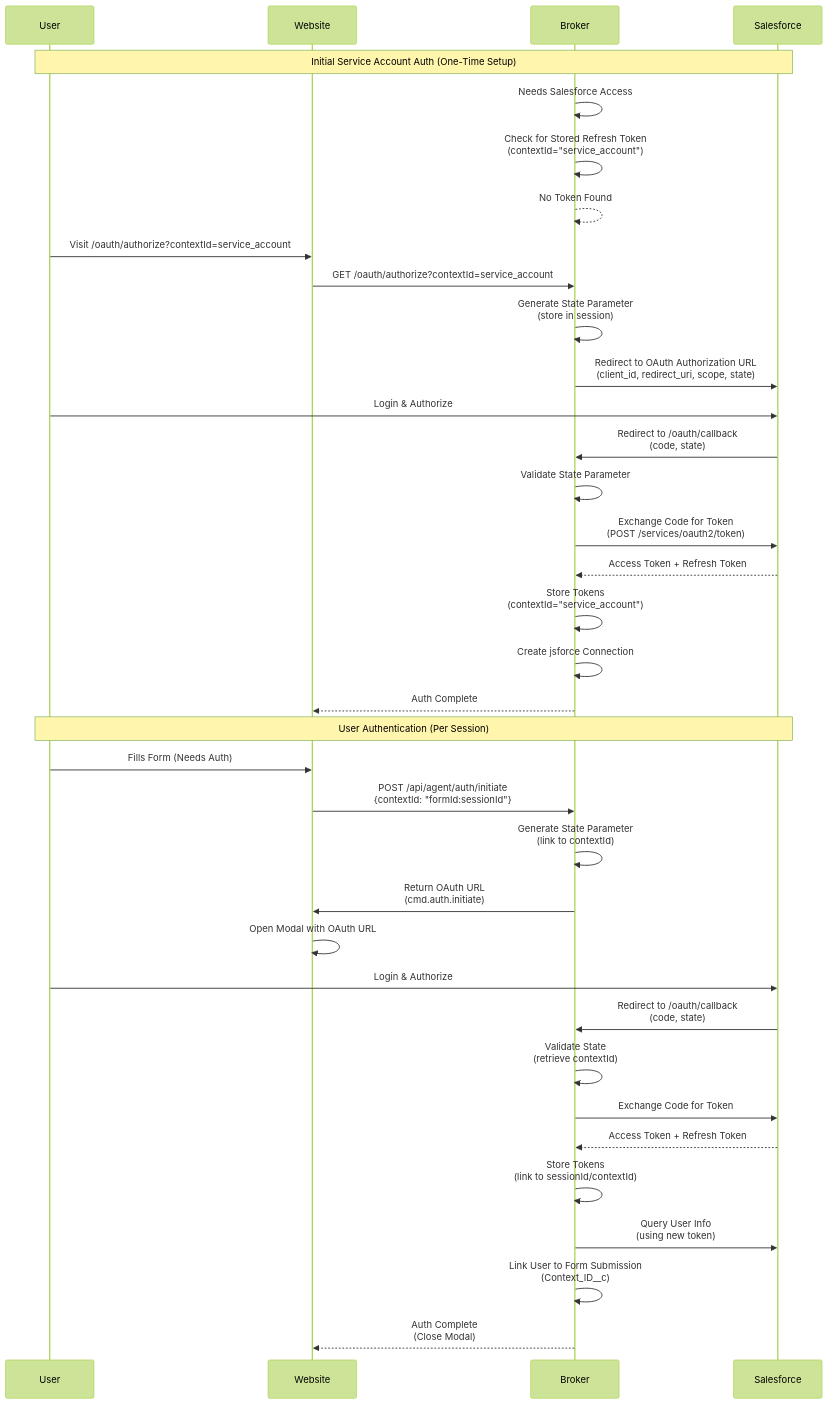
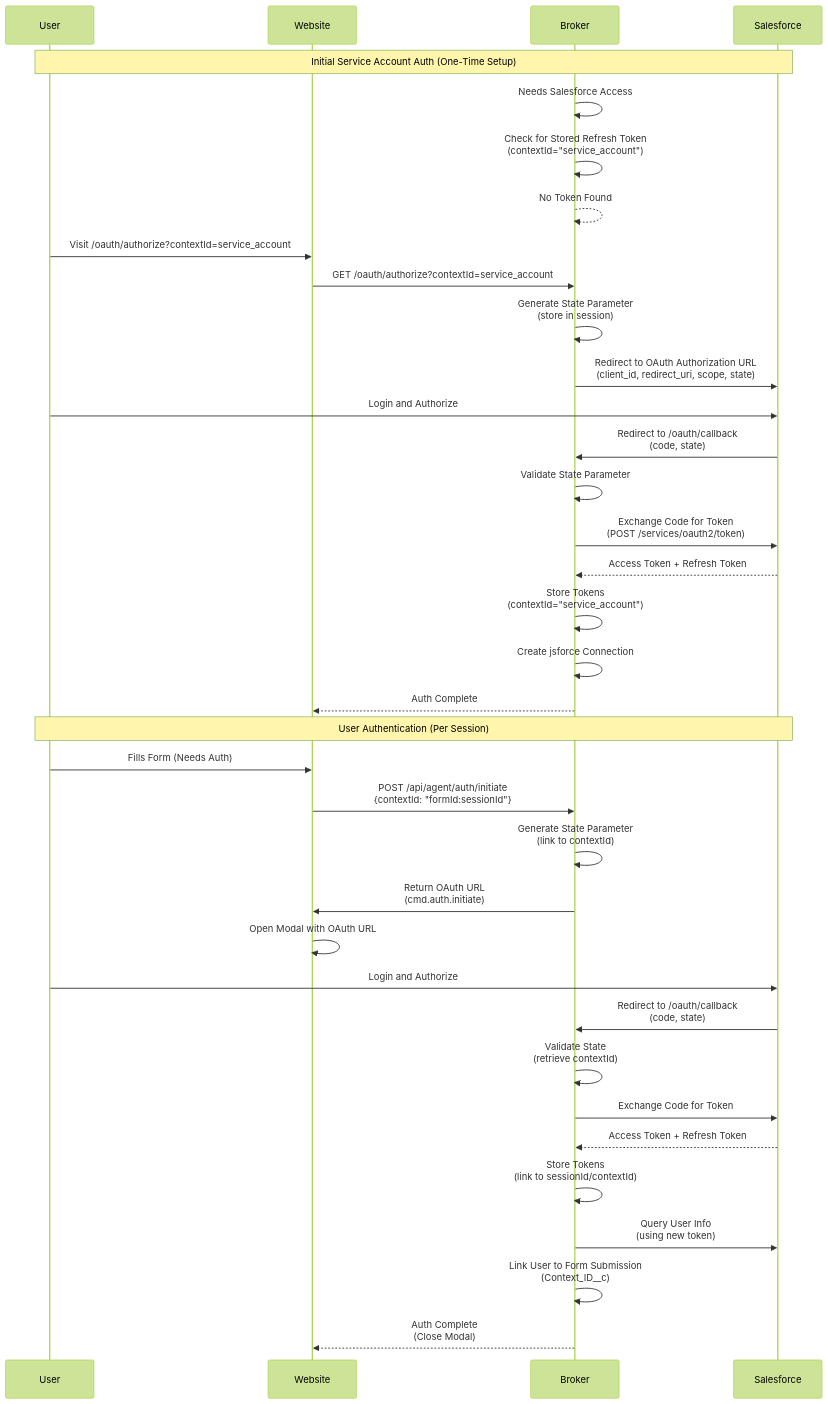
Before and after one commit to DavidVickers/context-broker: the eighth of 30 diagrams in docs/ARCHITECTURE_COMPLETE.md, drawn with Mermaid (forest theme). The commit also changed other lines of this file, not shown here.

First line of the commit message:
Fix Mermaid syntax: Replace & with 'and' in node labels

````diff
--- a/docs/ARCHITECTURE_COMPLETE.md
+++ b/docs/ARCHITECTURE_COMPLETE.md
@@ -369,41 +369,41 @@
 ```mermaid
 sequenceDiagram
     participant User
     participant Website
     participant Broker
     participant Salesforce
 
     Note over User, Salesforce: Initial Service Account Auth (One-Time Setup)
     Broker->>Broker: Needs Salesforce Access
     Broker->>Broker: Check for Stored Refresh Token<br/>(contextId="service_account")
     Broker-->>Broker: No Token Found
 
     User->>Website: Visit /oauth/authorize?contextId=service_account
     Website->>Broker: GET /oauth/authorize?contextId=service_account
     Broker->>Broker: Generate State Parameter<br/>(store in session)
     Broker->>Salesforce: Redirect to OAuth Authorization URL<br/>(client_id, redirect_uri, scope, state)
-    User->>Salesforce: Login & Authorize
+    User->>Salesforce: Login and Authorize
     Salesforce->>Broker: Redirect to /oauth/callback<br/>(code, state)
     Broker->>Broker: Validate State Parameter
     Broker->>Salesforce: Exchange Code for Token<br/>(POST /services/oauth2/token)
     Salesforce-->>Broker: Access Token + Refresh Token
     Broker->>Broker: Store Tokens<br/>(contextId="service_account")
     Broker->>Broker: Create jsforce Connection
     Broker-->>Website: Auth Complete
 
     Note over User, Salesforce: User Authentication (Per Session)
     User->>Website: Fills Form (Needs Auth)
     Website->>Broker: POST /api/agent/auth/initiate<br/>{contextId: "formId:sessionId"}
     Broker->>Broker: Generate State Parameter<br/>(link to contextId)
     Broker->>Website: Return OAuth URL<br/>(cmd.auth.initiate)
     Website->>Website: Open Modal with OAuth URL
-    User->>Salesforce: Login & Authorize
+    User->>Salesforce: Login and Authorize
     Salesforce->>Broker: Redirect to /oauth/callback<br/>(code, state)
     Broker->>Broker: Validate State<br/>(retrieve contextId)
     Broker->>Salesforce: Exchange Code for Token
     Salesforce-->>Broker: Access Token + Refresh Token
     Broker->>Broker: Store Tokens<br/>(link to sessionId/contextId)
     Broker->>Salesforce: Query User Info<br/>(using new token)
     Broker->>Broker: Link User to Form Submission<br/>(Context_ID__c)
     Broker-->>Website: Auth Complete<br/>(Close Modal)
 ```
````
